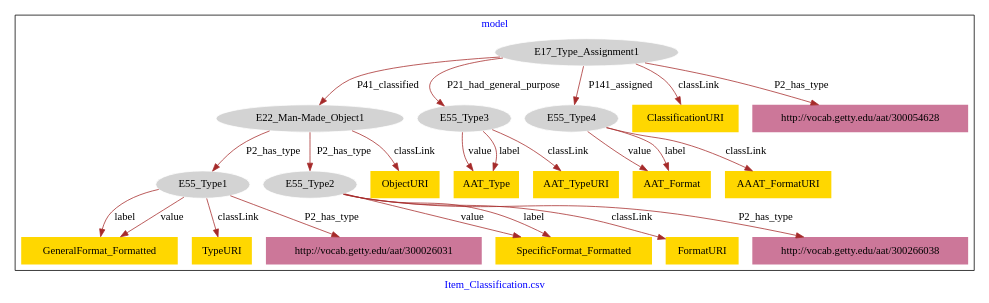
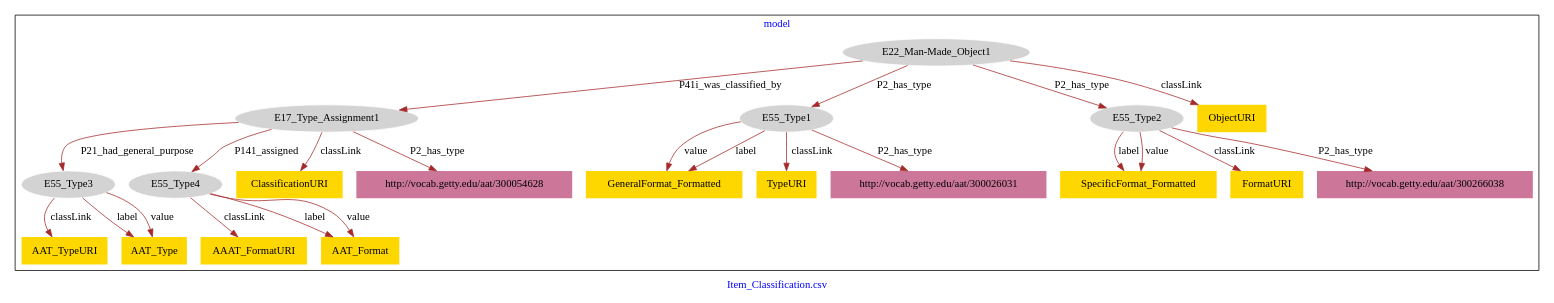
The diagram in Item_Classification/Item_Classification-model.dot (american-art/aaa), drawn with Graphviz before and after one commit.

Commit message:
Update file Item_Classification-model.dot

```diff
--- a/Item_Classification/Item_Classification-model.dot
+++ b/Item_Classification/Item_Classification-model.dot
@@ -1,49 +1,49 @@
 digraph n0 {
 fontcolor="blue"
 remincross="true"
 label="Item_Classification.csv"
 subgraph cluster {
 label="model"
 n2[style="filled",color="white",fillcolor="lightgray",label="E17_Type_Assignment1"];
-n3[style="filled",color="white",fillcolor="lightgray",label="E22_Man-Made_Object1"];
-n4[style="filled",color="white",fillcolor="lightgray",label="E55_Type3"];
-n5[style="filled",color="white",fillcolor="lightgray",label="E55_Type4"];
+n3[style="filled",color="white",fillcolor="lightgray",label="E55_Type3"];
+n4[style="filled",color="white",fillcolor="lightgray",label="E55_Type4"];
+n5[style="filled",color="white",fillcolor="lightgray",label="E22_Man-Made_Object1"];
 n6[style="filled",color="white",fillcolor="lightgray",label="E55_Type1"];
 n7[style="filled",color="white",fillcolor="lightgray",label="E55_Type2"];
-n8[shape="plaintext",style="filled",fillcolor="gold",label="AAT_Type"];
-n9[shape="plaintext",style="filled",fillcolor="gold",label="SpecificFormat_Formatted"];
-n10[shape="plaintext",style="filled",fillcolor="gold",label="AAT_Format"];
-n11[shape="plaintext",style="filled",fillcolor="gold",label="ObjectURI"];
-n12[shape="plaintext",style="filled",fillcolor="gold",label="FormatURI"];
-n13[shape="plaintext",style="filled",fillcolor="gold",label="GeneralFormat_Formatted"];
+n8[shape="plaintext",style="filled",fillcolor="gold",label="AAAT_FormatURI"];
+n9[shape="plaintext",style="filled",fillcolor="gold",label="ObjectURI"];
+n10[shape="plaintext",style="filled",fillcolor="gold",label="GeneralFormat_Formatted"];
+n11[shape="plaintext",style="filled",fillcolor="gold",label="AAT_TypeURI"];
+n12[shape="plaintext",style="filled",fillcolor="gold",label="AAT_Format"];
+n13[shape="plaintext",style="filled",fillcolor="gold",label="SpecificFormat_Formatted"];
 n14[shape="plaintext",style="filled",fillcolor="gold",label="TypeURI"];
-n15[shape="plaintext",style="filled",fillcolor="gold",label="AAAT_FormatURI"];
-n16[shape="plaintext",style="filled",fillcolor="gold",label="AAT_TypeURI"];
-n17[shape="plaintext",style="filled",fillcolor="gold",label="ClassificationURI"];
+n15[shape="plaintext",style="filled",fillcolor="gold",label="ClassificationURI"];
+n16[shape="plaintext",style="filled",fillcolor="gold",label="FormatURI"];
+n17[shape="plaintext",style="filled",fillcolor="gold",label="AAT_Type"];
 n18[shape="plaintext",style="filled",fillcolor="#CC7799",label="http://vocab.getty.edu/aat/300054628"];
 n19[shape="plaintext",style="filled",fillcolor="#CC7799",label="http://vocab.getty.edu/aat/300026031"];
 n20[shape="plaintext",style="filled",fillcolor="#CC7799",label="http://vocab.getty.edu/aat/300266038"];
 }
-n2 -> n3[color="brown",fontcolor="black",label="P41_classified"]
-n2 -> n4[color="brown",fontcolor="black",label="P21_had_general_purpose"]
-n2 -> n5[color="brown",fontcolor="black",label="P141_assigned"]
-n3 -> n6[color="brown",fontcolor="black",label="P2_has_type"]
-n3 -> n7[color="brown",fontcolor="black",label="P2_has_type"]
-n4 -> n8[color="brown",fontcolor="black",label="value"]
-n7 -> n9[color="brown",fontcolor="black",label="value"]
-n5 -> n10[color="brown",fontcolor="black",label="value"]
+n2 -> n3[color="brown",fontcolor="black",label="P21_had_general_purpose"]
+n2 -> n4[color="brown",fontcolor="black",label="P141_assigned"]
+n5 -> n2[color="brown",fontcolor="black",label="P41i_was_classified_by"]
+n5 -> n6[color="brown",fontcolor="black",label="P2_has_type"]
+n5 -> n7[color="brown",fontcolor="black",label="P2_has_type"]
+n4 -> n8[color="brown",fontcolor="black",label="classLink"]
+n5 -> n9[color="brown",fontcolor="black",label="classLink"]
+n6 -> n10[color="brown",fontcolor="black",label="value"]
 n3 -> n11[color="brown",fontcolor="black",label="classLink"]
-n7 -> n12[color="brown",fontcolor="black",label="classLink"]
-n6 -> n13[color="brown",fontcolor="black",label="label"]
+n4 -> n12[color="brown",fontcolor="black",label="label"]
+n7 -> n13[color="brown",fontcolor="black",label="label"]
 n6 -> n14[color="brown",fontcolor="black",label="classLink"]
-n5 -> n15[color="brown",fontcolor="black",label="classLink"]
-n4 -> n16[color="brown",fontcolor="black",label="classLink"]
-n2 -> n17[color="brown",fontcolor="black",label="classLink"]
-n5 -> n10[color="brown",fontcolor="black",label="label"]
+n2 -> n15[color="brown",fontcolor="black",label="classLink"]
+n7 -> n16[color="brown",fontcolor="black",label="classLink"]
+n3 -> n17[color="brown",fontcolor="black",label="label"]
+n4 -> n12[color="brown",fontcolor="black",label="value"]
+n6 -> n10[color="brown",fontcolor="black",label="label"]
+n3 -> n17[color="brown",fontcolor="black",label="value"]
 n2 -> n18[color="brown",fontcolor="black",label="P2_has_type"]
-n7 -> n9[color="brown",fontcolor="black",label="label"]
-n4 -> n8[color="brown",fontcolor="black",label="label"]
+n7 -> n13[color="brown",fontcolor="black",label="value"]
 n6 -> n19[color="brown",fontcolor="black",label="P2_has_type"]
-n6 -> n13[color="brown",fontcolor="black",label="value"]
 n7 -> n20[color="brown",fontcolor="black",label="P2_has_type"]
 }
```
